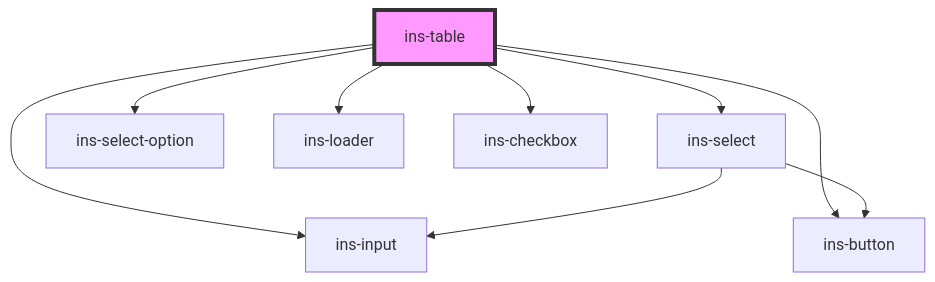
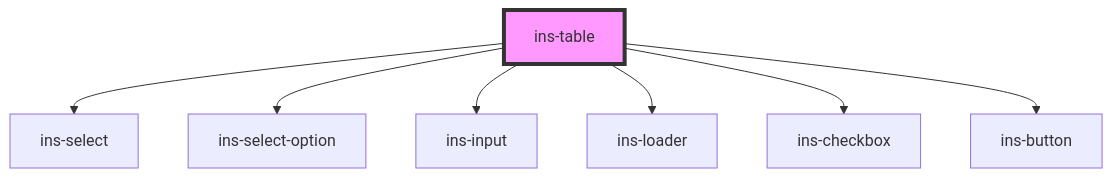
One commit to insites-io/insites-components-v2 changed the diagram in components/src/components/ins-table/readme.md. Above: the diagram before and after it, drawn with Mermaid. The commit also changed 17 other files, not shown here.

````diff
--- a/components/src/components/ins-table/readme.md
+++ b/components/src/components/ins-table/readme.md
@@ -102,12 +102,10 @@
 ```mermaid
 graph TD;
   ins-table --> ins-select
   ins-table --> ins-select-option
   ins-table --> ins-input
   ins-table --> ins-loader
   ins-table --> ins-checkbox
   ins-table --> ins-button
-  ins-select --> ins-input
-  ins-select --> ins-button
   style ins-table fill:#f9f,stroke:#333,stroke-width:4px
 ```
````
